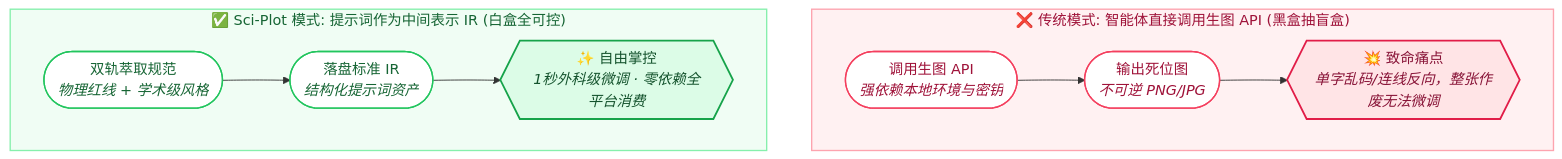
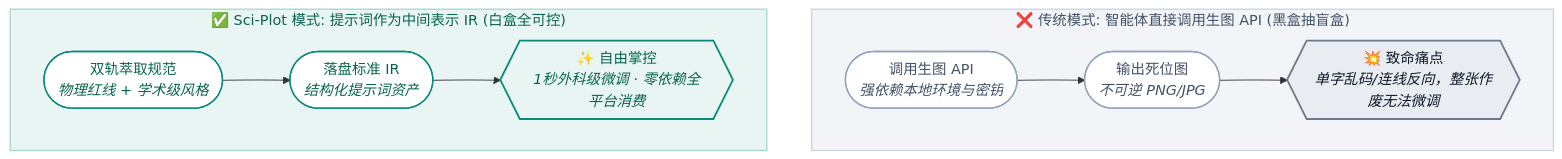
Before and after one commit to LPK3215/sci-plot: the first of 4 diagrams in README_CN.md, drawn with Mermaid. The commit also changed other lines of this file and 27 other files, not shown here.

````diff
--- a/README_CN.md
+++ b/README_CN.md
@@ -52,21 +54,21 @@
 ```mermaid
 flowchart TD
     subgraph Trad["❌ 传统模式: 智能体直接调用生图 API (黑盒抽盲盒)"]
         direction LR
         T1(["调用生图 API<br/><i>强依赖本地环境与密钥</i>"]) --> T2(["输出死位图<br/><i>不可逆 PNG/JPG</i>"]) --> T3{{"💥 致命痛点<br/><i>单字乱码/连线反向，整张作废无法微调</i>"}}
     end
 
     subgraph Sci["✅ Sci-Plot 模式: 提示词作为中间表示 IR (白盒全可控)"]
         direction LR
         S1(["双轨萃取规范<br/><i>物理红线 + 学术级风格</i>"]) --> S2(["落盘标准 IR<br/><i>结构化提示词资产</i>"]) --> S3{{"✨ 自由掌控<br/><i>1秒外科级微调 · 零依赖全平台消费</i>"}}
     end
 
-    style Trad fill:#fff1f2,stroke:#fda4af,stroke-width:1.5px,color:#9f1239
-    style Sci fill:#f0fdf4,stroke:#86efac,stroke-width:1.5px,color:#166534
-    style T1 fill:#ffffff,stroke:#f43f5e,stroke-width:1.5px,color:#9f1239
-    style T2 fill:#ffffff,stroke:#f43f5e,stroke-width:1.5px,color:#9f1239
-    style T3 fill:#ffe4e6,stroke:#e11d48,stroke-width:2px,color:#881337
-    style S1 fill:#ffffff,stroke:#22c55e,stroke-width:1.5px,color:#166534
-    style S2 fill:#ffffff,stroke:#22c55e,stroke-width:1.5px,color:#166534
-    style S3 fill:#dcfce7,stroke:#16a34a,stroke-width:2px,color:#14532d
+    style Trad fill:#F2F4F7,stroke:#CBD5E0,stroke-width:1.5px,color:#435266
+    style Sci fill:#E8F5F2,stroke:#A7D8CE,stroke-width:1.5px,color:#0B644F
+    style T1 fill:#FFFFFF,stroke:#94A3B8,stroke-width:1.5px,color:#435266
+    style T2 fill:#FFFFFF,stroke:#94A3B8,stroke-width:1.5px,color:#435266
+    style T3 fill:#E9ECF1,stroke:#6B7A8D,stroke-width:2px,color:#0E1A2B
+    style S1 fill:#FFFFFF,stroke:#0B8A78,stroke-width:1.5px,color:#0B644F
+    style S2 fill:#FFFFFF,stroke:#0B8A78,stroke-width:1.5px,color:#0B644F
+    style S3 fill:#E8F5F2,stroke:#0B8A78,stroke-width:2px,color:#0B644F
 ```
````
